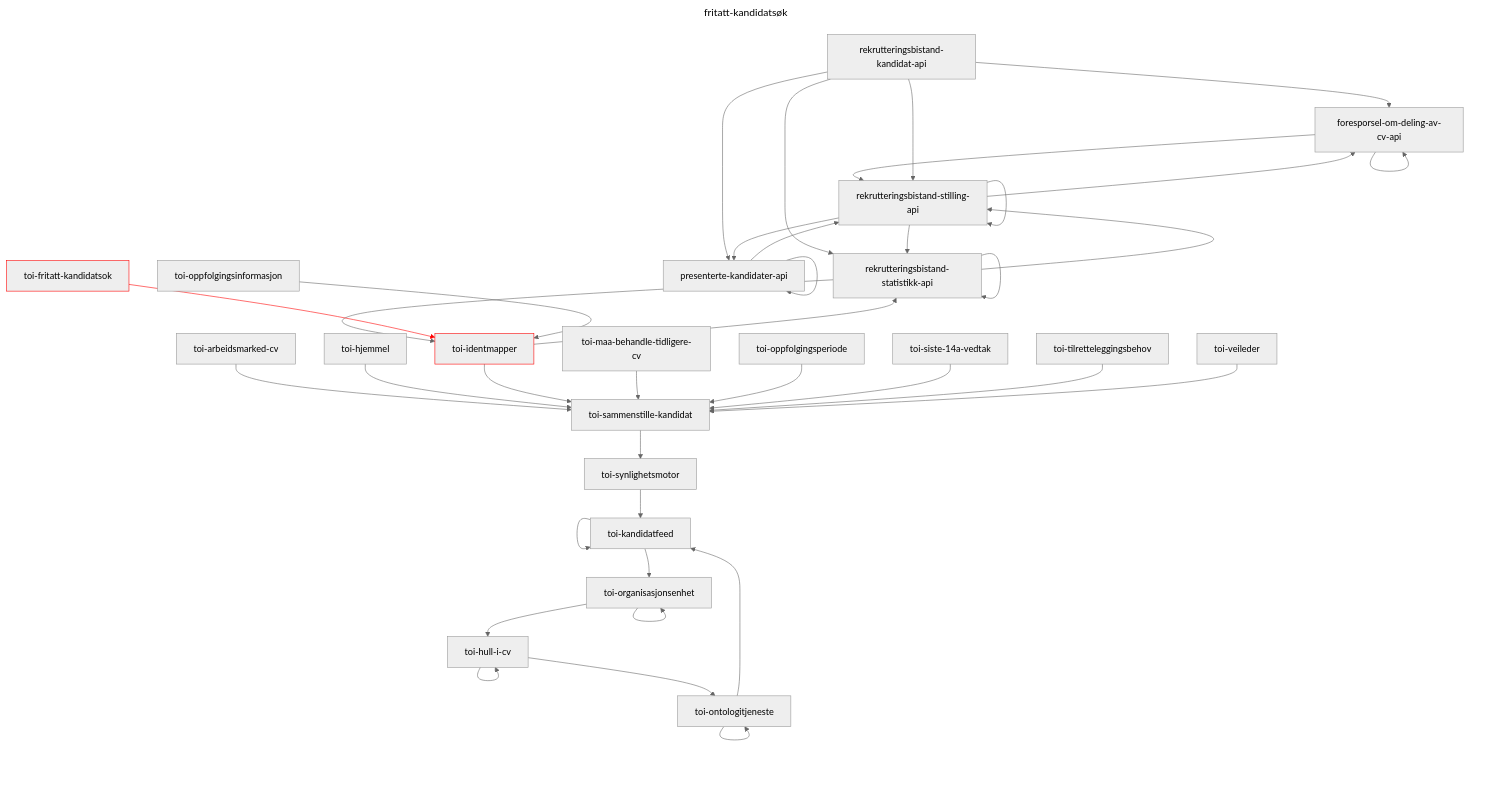
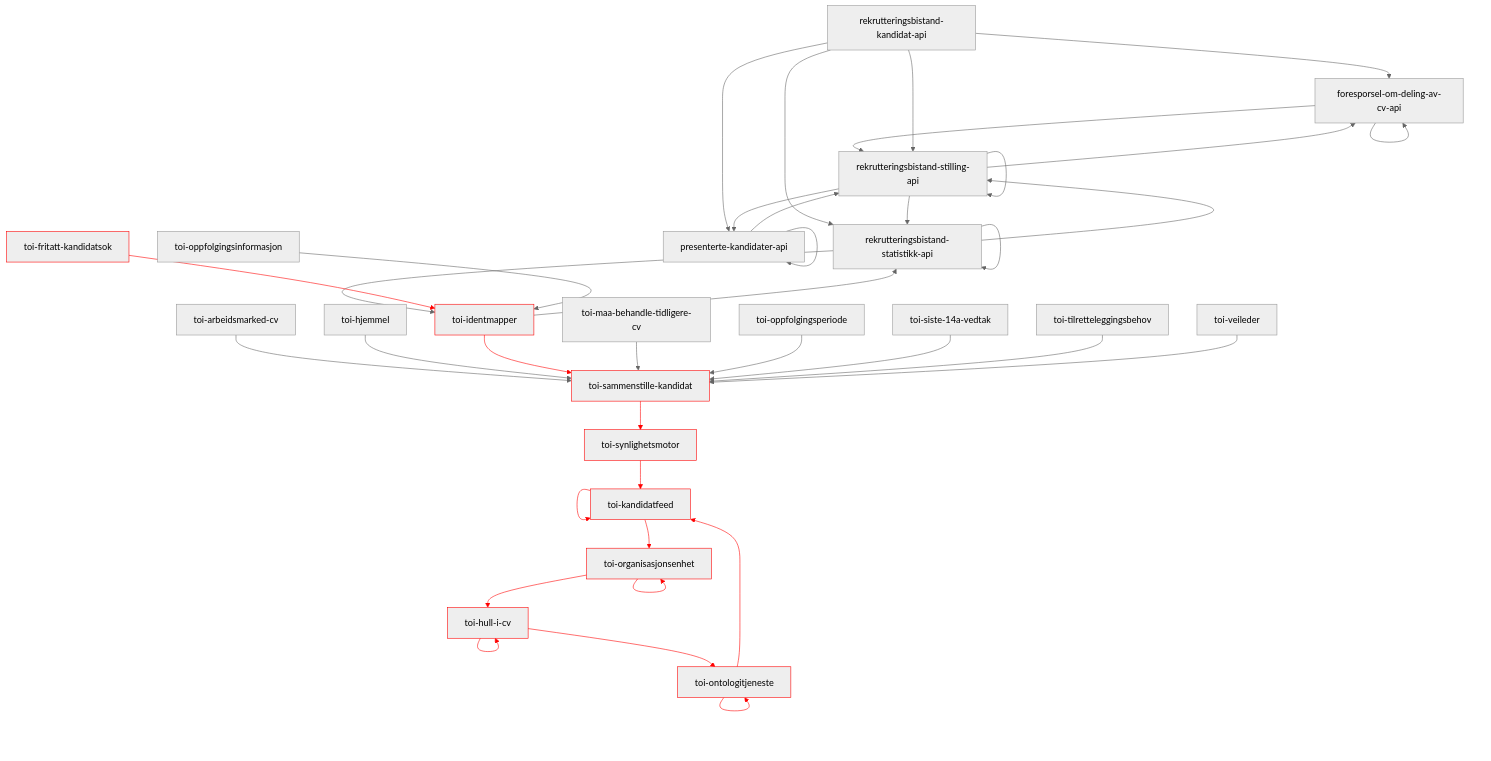
One commit to navikt/toi-rapids-and-rivers-grapher changed the fifth of 34 diagrams in README.md. Above: the diagram before and after it, drawn with Mermaid (neutral theme). The commit also changed other lines of this file, not shown here.

Commit message:
Oppdater Mermaid utskrift

````diff
--- a/README.md
+++ b/README.md
@@ -133,45 +173,42 @@
 ```mermaid
----
-title: fritatt-kandidatsøk
----
 graph TD;
 foresporsel-om-deling-av-cv-api --> foresporsel-om-deling-av-cv-api;
 foresporsel-om-deling-av-cv-api --> rekrutteringsbistand-stilling-api;
 presenterte-kandidater-api --> presenterte-kandidater-api;
 presenterte-kandidater-api --> rekrutteringsbistand-stilling-api;
 rekrutteringsbistand-kandidat-api --> foresporsel-om-deling-av-cv-api;
 rekrutteringsbistand-kandidat-api --> presenterte-kandidater-api;
 rekrutteringsbistand-kandidat-api --> rekrutteringsbistand-statistikk-api;
 rekrutteringsbistand-kandidat-api --> rekrutteringsbistand-stilling-api;
 rekrutteringsbistand-statistikk-api --> rekrutteringsbistand-statistikk-api;
 rekrutteringsbistand-statistikk-api --> rekrutteringsbistand-stilling-api;
 rekrutteringsbistand-statistikk-api --> toi-identmapper;
 rekrutteringsbistand-stilling-api --> foresporsel-om-deling-av-cv-api;
 rekrutteringsbistand-stilling-api --> presenterte-kandidater-api;
 rekrutteringsbistand-stilling-api --> rekrutteringsbistand-statistikk-api;
 rekrutteringsbistand-stilling-api --> rekrutteringsbistand-stilling-api;
 toi-arbeidsmarked-cv --> toi-sammenstille-kandidat;
 toi-fritatt-kandidatsok:::x --> toi-identmapper:::x;
 toi-hjemmel --> toi-sammenstille-kandidat;
-toi-hull-i-cv --> toi-hull-i-cv;
-toi-hull-i-cv --> toi-ontologitjeneste;
+toi-hull-i-cv:::x --> toi-hull-i-cv:::x;
+toi-hull-i-cv:::x --> toi-ontologitjeneste:::x;
 toi-identmapper --> rekrutteringsbistand-statistikk-api;
-toi-identmapper --> toi-sammenstille-kandidat;
-toi-kandidatfeed --> toi-kandidatfeed;
-toi-kandidatfeed --> toi-organisasjonsenhet;
+toi-identmapper:::x --> toi-sammenstille-kandidat:::x;
+toi-kandidatfeed:::x --> toi-kandidatfeed:::x;
+toi-kandidatfeed:::x --> toi-organisasjonsenhet:::x;
 toi-maa-behandle-tidligere-cv --> toi-sammenstille-kandidat;
-toi-ontologitjeneste --> toi-kandidatfeed;
-toi-ontologitjeneste --> toi-ontologitjeneste;
+toi-ontologitjeneste:::x --> toi-kandidatfeed:::x;
+toi-ontologitjeneste:::x --> toi-ontologitjeneste:::x;
 toi-oppfolgingsinformasjon --> toi-identmapper;
 toi-oppfolgingsperiode --> toi-sammenstille-kandidat;
-toi-organisasjonsenhet --> toi-hull-i-cv;
-toi-organisasjonsenhet --> toi-organisasjonsenhet;
-toi-sammenstille-kandidat --> toi-synlighetsmotor;
+toi-organisasjonsenhet:::x --> toi-hull-i-cv:::x;
+toi-organisasjonsenhet:::x --> toi-organisasjonsenhet:::x;
+toi-sammenstille-kandidat:::x --> toi-synlighetsmotor:::x;
 toi-siste-14a-vedtak --> toi-sammenstille-kandidat;
-toi-synlighetsmotor --> toi-kandidatfeed;
+toi-synlighetsmotor:::x --> toi-kandidatfeed:::x;
 toi-tilretteleggingsbehov --> toi-sammenstille-kandidat;
 toi-veileder --> toi-sammenstille-kandidat;
 
-linkStyle 16 stroke:red;
+linkStyle 16,18,19,21,22,23,25,26,29,30,31,33 stroke:red;
 classDef x stroke: red;
 ```
````
